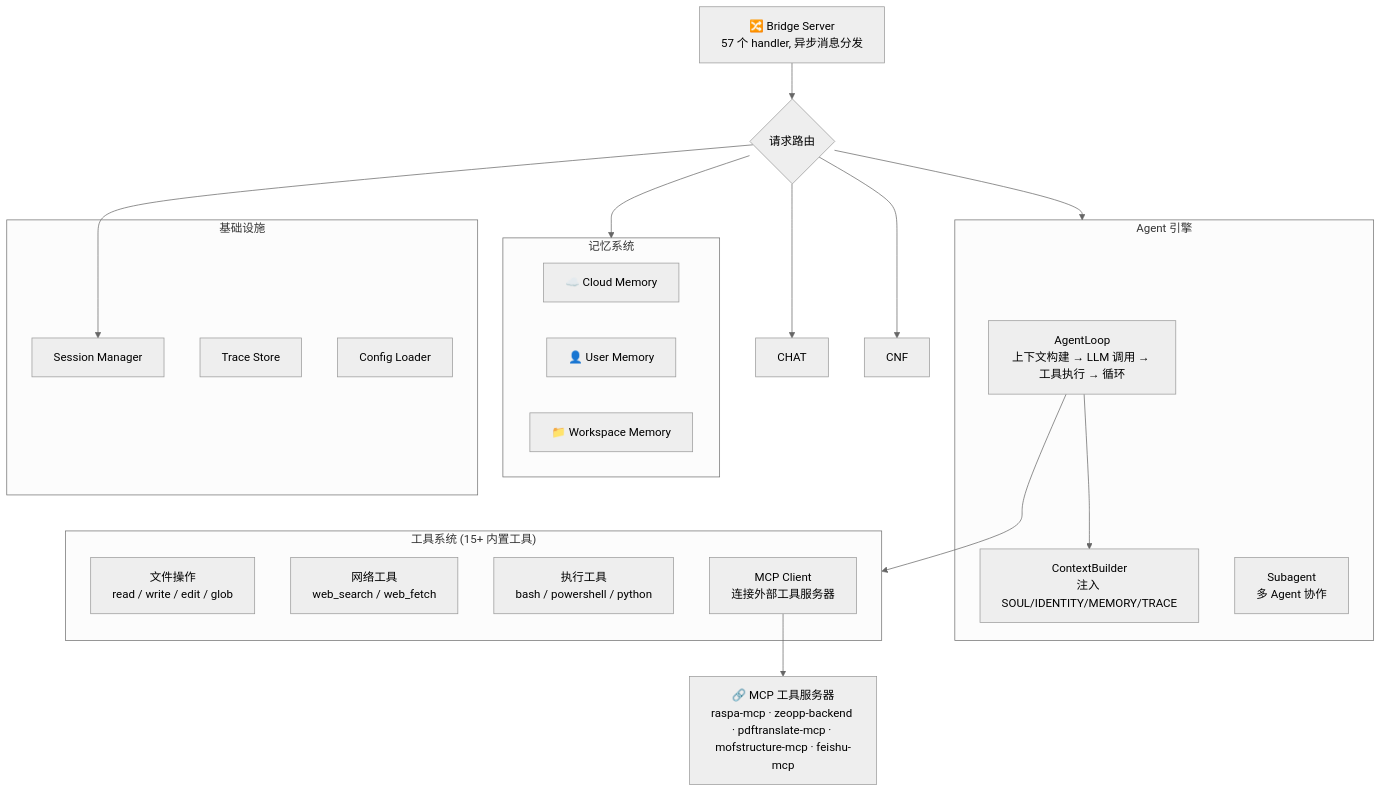
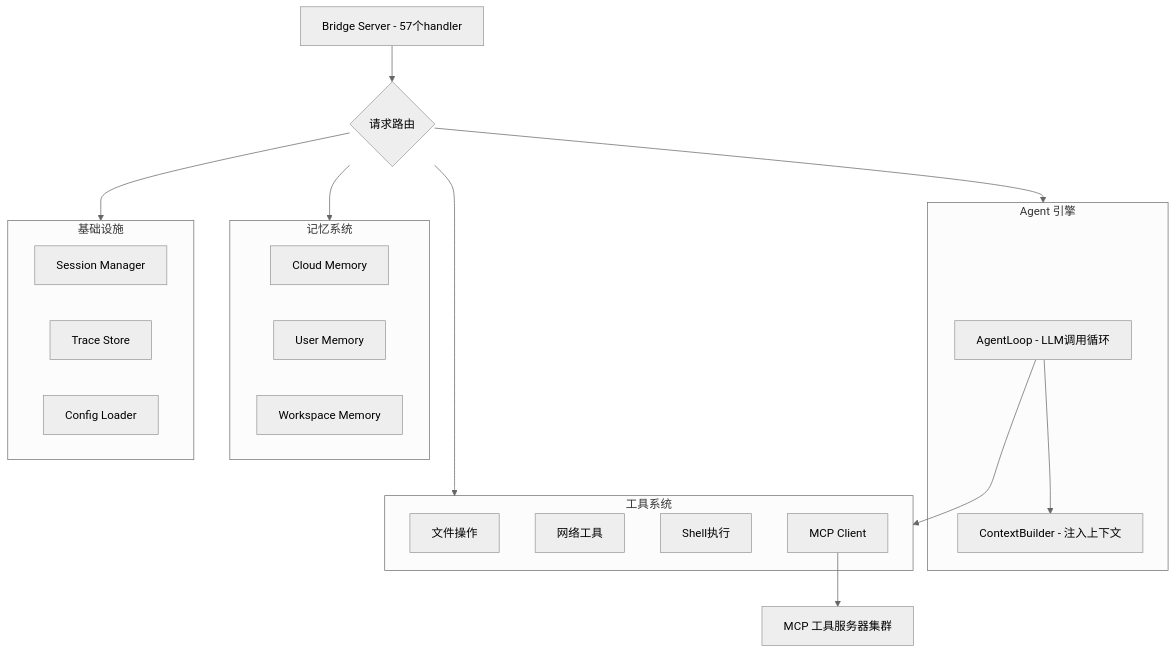
Before and after one commit to 14790897/MiQi: the second of 2 diagrams in docs/architecture.md, drawn with Mermaid (neutral theme). The commit also changed other lines of this file and 1 other file, not shown here.

Commit message:
docs: simplify mermaid diagrams in architecture

````diff
--- a/docs/architecture.md
+++ b/docs/architecture.md
@@ -37,42 +37,40 @@
 ```mermaid
 graph TB
-    BS["🔀 Bridge Server<br/>57 个 handler, 异步消息分发"]
-    BS --> ROUTER{"请求路由"}
+    BS[Bridge Server - 57个handler]
+    R{请求路由}
 
-    ROUTER --> AGENT
-    ROUTER --> CHAT
-    ROUTER --> MEM
-    ROUTER --> SESS
-    ROUTER --> CNF
+    BS --> R
 
-    subgraph AGENT["Agent 引擎"]
-        AL["AgentLoop<br/>上下文构建 → LLM 调用 → 工具执行 → 循环"]
-        CTX["ContextBuilder<br/>注入 SOUL/IDENTITY/MEMORY/TRACE"]
-        SUB["Subagent<br/>多 Agent 协作"]
+    subgraph AgentEngine [Agent 引擎]
+        AL[AgentLoop - LLM调用循环]
+        CTX[ContextBuilder - 注入上下文]
     end
 
-    subgraph TOOLS["工具系统 (15+ 内置工具)"]
-        FS["文件操作<br/>read / write / edit / glob"]
-        NET["网络工具<br/>web_search / web_fetch"]
-        EXEC["执行工具<br/>bash / powershell / python"]
-        MCP_CLIENT["MCP Client<br/>连接外部工具服务器"]
+    subgraph ToolSystem [工具系统]
+        FS[文件操作]
+        NET[网络工具]
+        EXEC[Shell执行]
+        MCP_C[MCP Client]
     end
 
-    subgraph MEM["记忆系统"]
-        CLOUD["☁️ Cloud Memory"]
-        USER["👤 User Memory"]
-        WS["📁 Workspace Memory"]
+    subgraph MemorySys [记忆系统]
+        CLOUD[Cloud Memory]
+        USR[User Memory]
+        WSP[Workspace Memory]
     end
 
-    subgraph INFRA["基础设施"]
-        SESS["Session Manager"]
-        TRACE["Trace Store"]
-        CONFIG["Config Loader"]
+    subgraph Infra [基础设施]
+        SM[Session Manager]
+        TS[Trace Store]
+        CFG[Config Loader]
     end
 
+    R --> AgentEngine
+    R --> ToolSystem
+    R --> MemorySys
+    R --> Infra
+
     AL --> CTX
-    AL --> TOOLS
-    MCP_CLIENT --> MCP_SERVERS
-
-    MCP_SERVERS["🔗 MCP 工具服务器<br/>raspa-mcp · zeopp-backend · pdftranslate-mcp · mofstructure-mcp · feishu-mcp"]
+    AL --> ToolSystem
+    MCP_C --> MCPS[MCP 工具服务器集群]
 ```
````
